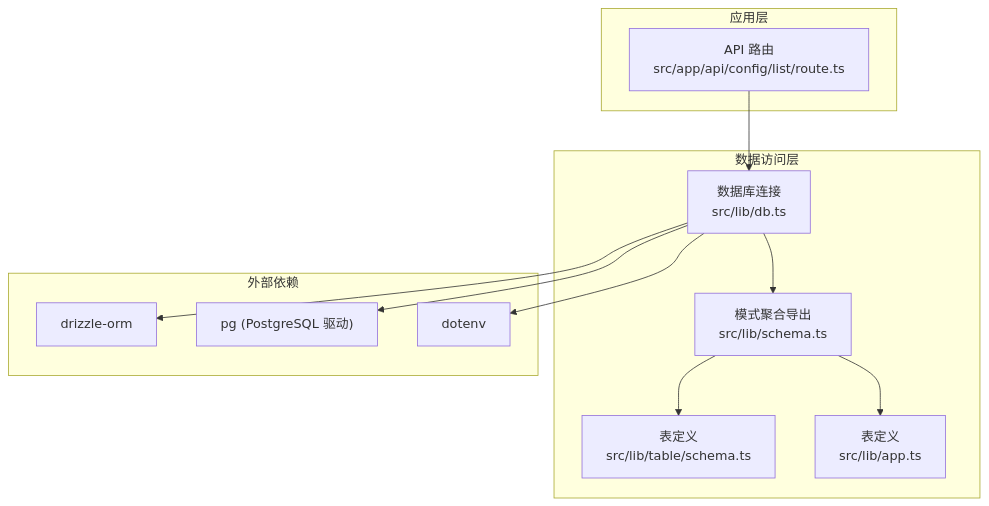
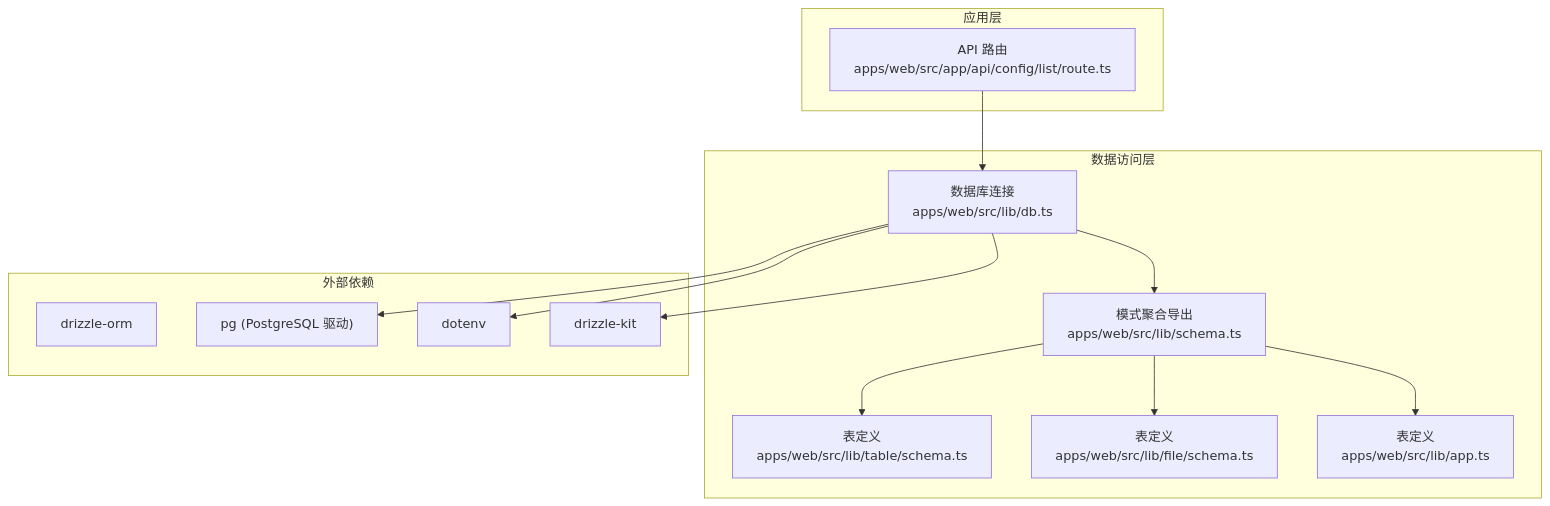
One commit to HAOFUYANG/nextjs-admin changed the first of 6 diagrams in .qoder/repowiki/zh/content/数据库集成/数据库集成.md. Above: the diagram before and after it, drawn with Mermaid. The commit also changed other lines of this file and 6 other files, not shown here.

````diff
--- a/.qoder/repowiki/zh/content/数据库集成/数据库集成.md
+++ b/.qoder/repowiki/zh/content/数据库集成/数据库集成.md
@@ -36,24 +45,27 @@
 ```mermaid
 graph TB
 subgraph "应用层"
-API["API 路由<br/>src/app/api/config/list/route.ts"]
+API["API 路由<br/>apps/web/src/app/api/config/list/route.ts"]
 end
 subgraph "数据访问层"
-DB["数据库连接<br/>src/lib/db.ts"]
-SCHEMA["模式聚合导出<br/>src/lib/schema.ts"]
-TABLE_SCHEMA["表定义<br/>src/lib/table/schema.ts"]
-APP_SCHEMA["表定义<br/>src/lib/app.ts"]
+DB["数据库连接<br/>apps/web/src/lib/db.ts"]
+SCHEMA["模式聚合导出<br/>apps/web/src/lib/schema.ts"]
+TABLE_SCHEMA["表定义<br/>apps/web/src/lib/table/schema.ts"]
+FILE_SCHEMA["表定义<br/>apps/web/src/lib/file/schema.ts"]
+APP_SCHEMA["表定义<br/>apps/web/src/lib/app.ts"]
 end
 subgraph "外部依赖"
 DRIZZLE["drizzle-orm"]
 PG["pg (PostgreSQL 驱动)"]
 DOTENV["dotenv"]
+KIT["drizzle-kit"]
 end
 API --> DB
 DB --> SCHEMA
 SCHEMA --> TABLE_SCHEMA
+SCHEMA --> FILE_SCHEMA
 SCHEMA --> APP_SCHEMA
 DB --> PG
 DB --> DOTENV
-DB --> DRIZZLE
+DB --> KIT
 ```
````
